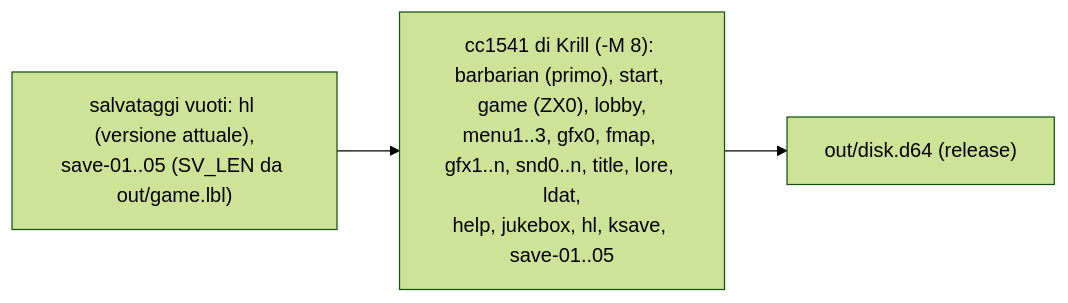
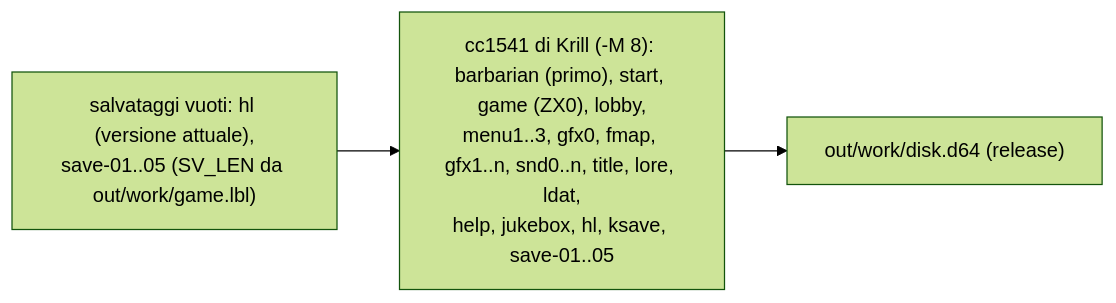
Before and after one commit to caporalesimone/barbarian-the-blood-path: the third of 4 diagrams in docs/build.md, drawn with Mermaid (forest theme). The commit also changed other lines of this file and 121 other files, not shown here.

First line of the commit message:
Build: intermedi in out/work/, cache in out/cache/ (v1.244)

````diff
--- a/docs/build.md
+++ b/docs/build.md
@@ -113,5 +113,5 @@
 ```mermaid
 flowchart LR
-    SV["salvataggi vuoti: hl (versione attuale),<br/>save-01..05 (SV_LEN da out/game.lbl)"] --> W
-    W["cc1541 di Krill (-M 8): barbarian (primo), start, game (ZX0), lobby,<br/>menu1..3, gfx0, fmap, gfx1..n, snd0..n, title, lore, ldat,<br/>help, jukebox, hl, ksave, save-01..05"] --> DR["out/disk.d64 (release)"]
+    SV["salvataggi vuoti: hl (versione attuale),<br/>save-01..05 (SV_LEN da out/work/game.lbl)"] --> W
+    W["cc1541 di Krill (-M 8): barbarian (primo), start, game (ZX0), lobby,<br/>menu1..3, gfx0, fmap, gfx1..n, snd0..n, title, lore, ldat,<br/>help, jukebox, hl, ksave, save-01..05"] --> DR["out/work/disk.d64 (release)"]
 ```
````
